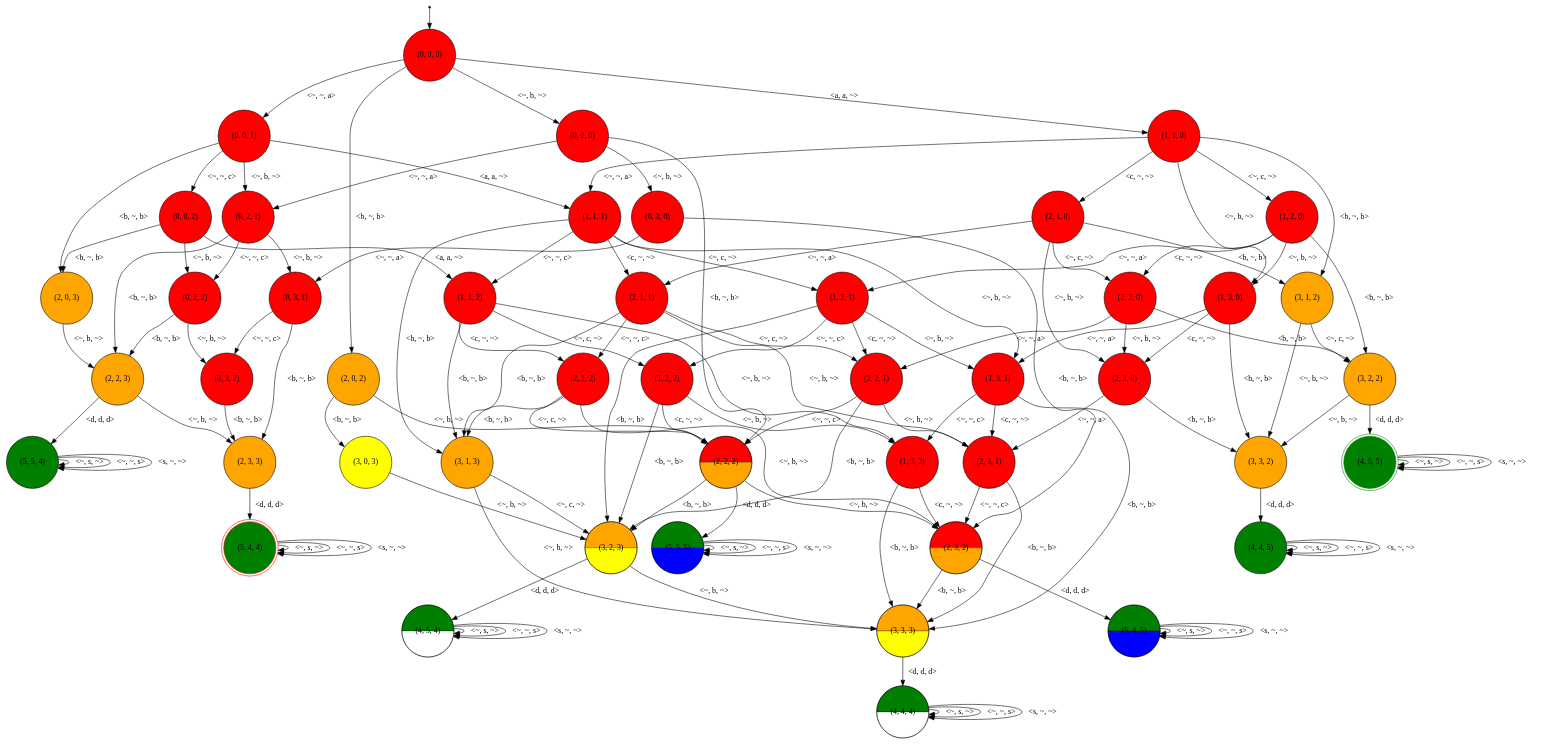
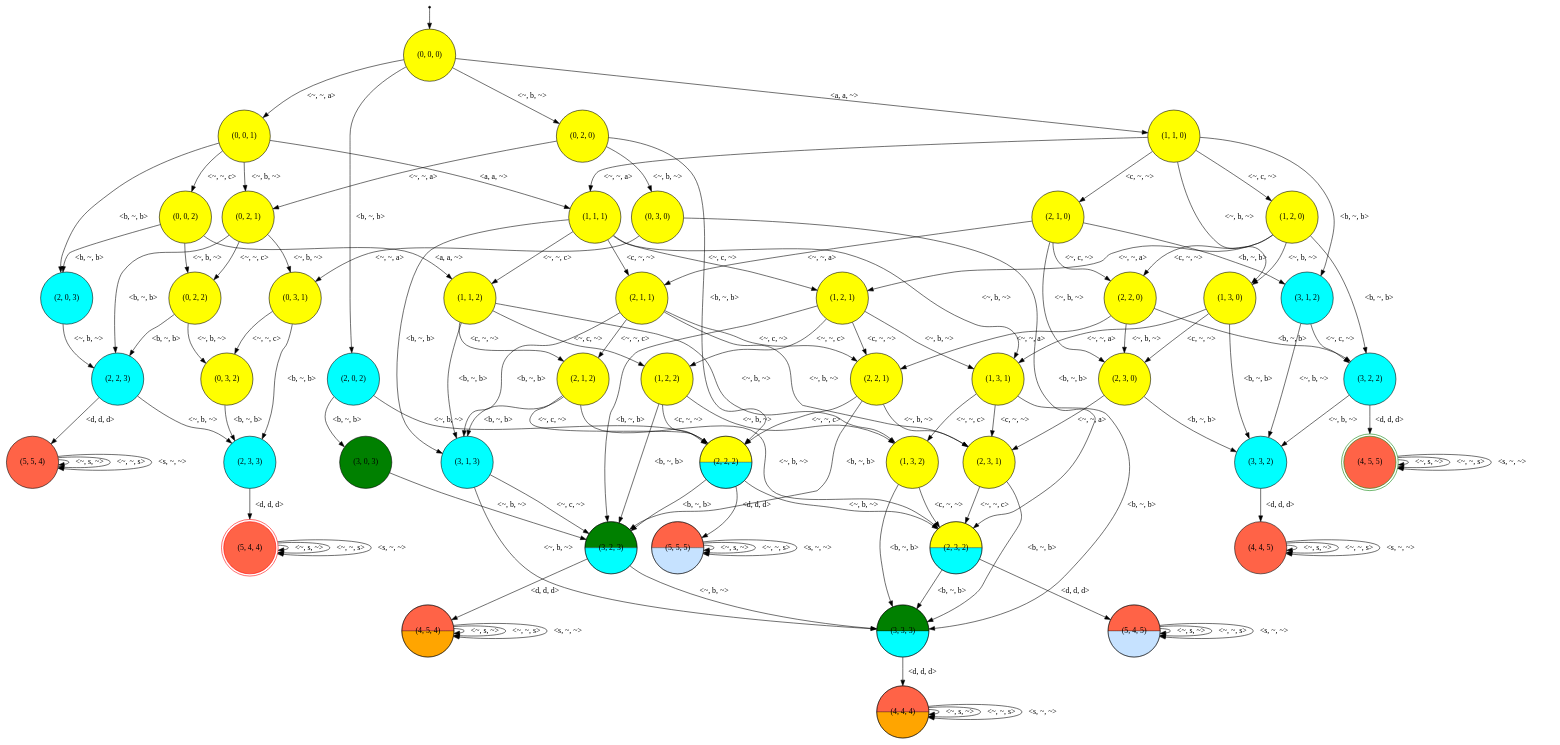
The diagram in dotsource.dot (Reithger/Finite-State-Machine-Model), drawn with Graphviz before and after one commit. The commit also changed 8 other files, not shown here.

```diff
--- a/dotsource.dot
+++ b/dotsource.dot
@@ -1,51 +1,51 @@
 digraph G {
-"n0"[label="(2, 1, 0)"shape=circle color="black" style=wedged fillcolor="red" style=filled];
-"n1"[label="(1, 1, 2)"shape=circle color="black" style=wedged fillcolor="red" style=filled];
-"n2"[label="(5, 5, 4)"shape=circle color="black" style=wedged fillcolor="green" style=filled];
-"n3"[label="(3, 3, 3)"shape=circle color="black" style=wedged fillcolor="orange:yellow" style=wedged];
-"n4"[label="(2, 3, 3)"shape=circle color="black" style=wedged fillcolor="orange" style=filled];
-"n5"[label="(4, 5, 4)"shape=circle color="black" style=wedged fillcolor="green:white" style=wedged];
-"n6"[label="(0, 2, 2)"shape=circle color="black" style=wedged fillcolor="red" style=filled];
-"n7"[label="(1, 2, 2)"shape=circle color="black" style=wedged fillcolor="red" style=filled];
-"n8"[label="(0, 0, 1)"shape=circle color="black" style=wedged fillcolor="red" style=filled];
-"n9"[label="(0, 2, 0)"shape=circle color="black" style=wedged fillcolor="red" style=filled];
-"n10"[label="(2, 0, 2)"shape=circle color="black" style=wedged fillcolor="orange" style=filled];
-"n11"[label="(1, 2, 0)"shape=circle color="black" style=wedged fillcolor="red" style=filled];
-"n12"[label="(2, 2, 0)"shape=circle color="black" style=wedged fillcolor="red" style=filled];
-"n13"[label="(0, 0, 2)"shape=circle color="black" style=wedged fillcolor="red" style=filled];
-"n14"[label="(2, 2, 3)"shape=circle color="black" style=wedged fillcolor="orange" style=filled];
-"n15"[label="(4, 4, 4)"shape=circle color="black" style=wedged fillcolor="green:white" style=wedged];
-"n16"[label="(3, 2, 3)"shape=circle color="black" style=wedged fillcolor="orange:yellow" style=wedged];
-"n17"[label="(5, 4, 4)"shape=doublecircle color="red" style=wedged fillcolor="green" style=filled];
-"n18"[label="(1, 3, 0)"shape=circle color="black" style=wedged fillcolor="red" style=filled];
-"n19"[label="(0, 3, 2)"shape=circle color="black" style=wedged fillcolor="red" style=filled];
-"n20"[label="(1, 3, 2)"shape=circle color="black" style=wedged fillcolor="red" style=filled];
-"n21"[label="(2, 3, 2)"shape=circle color="black" style=wedged fillcolor="red:orange" style=wedged];
-"n22"[label="(3, 1, 3)"shape=circle color="black" style=wedged fillcolor="orange" style=filled];
-"n23"[label="(0, 3, 0)"shape=circle color="black" style=wedged fillcolor="red" style=filled];
-"n24"[label="(2, 3, 0)"shape=circle color="black" style=wedged fillcolor="red" style=filled];
-"n25"[label="(1, 1, 1)"shape=circle color="black" style=wedged fillcolor="red" style=filled];
-"n26"[label="(2, 1, 1)"shape=circle color="black" style=wedged fillcolor="red" style=filled];
-"n27"[label="(5, 5, 5)"shape=circle color="black" style=wedged fillcolor="green:blue" style=wedged];
-"n28"[label="(3, 3, 2)"shape=circle color="black" style=wedged fillcolor="orange" style=filled];
-"n29"[label="(4, 5, 5)"shape=doublecircle color="green" style=wedged fillcolor="green" style=filled];
-"n30"[label="(3, 0, 3)"shape=circle color="black" style=wedged fillcolor="yellow" style=filled];
-"n31"[label="(1, 2, 1)"shape=circle color="black" style=wedged fillcolor="red" style=filled];
-"n32"[label="(0, 0, 0)"shape=circle color="black" style=wedged fillcolor="red" style=filled];
+"n0"[label="(2, 1, 0)"shape=circle color="black" style=wedged fillcolor="yellow" style=filled];
+"n1"[label="(1, 1, 2)"shape=circle color="black" style=wedged fillcolor="yellow" style=filled];
+"n2"[label="(5, 5, 4)"shape=circle color="black" style=wedged fillcolor="tomato" style=filled];
+"n3"[label="(3, 3, 3)"shape=circle color="black" style=wedged fillcolor="green:cyan" style=wedged];
+"n4"[label="(2, 3, 3)"shape=circle color="black" style=wedged fillcolor="cyan" style=filled];
+"n5"[label="(4, 5, 4)"shape=circle color="black" style=wedged fillcolor="tomato:orange" style=wedged];
+"n6"[label="(0, 2, 2)"shape=circle color="black" style=wedged fillcolor="yellow" style=filled];
+"n7"[label="(1, 2, 2)"shape=circle color="black" style=wedged fillcolor="yellow" style=filled];
+"n8"[label="(0, 0, 1)"shape=circle color="black" style=wedged fillcolor="yellow" style=filled];
+"n9"[label="(0, 2, 0)"shape=circle color="black" style=wedged fillcolor="yellow" style=filled];
+"n10"[label="(2, 0, 2)"shape=circle color="black" style=wedged fillcolor="cyan" style=filled];
+"n11"[label="(1, 2, 0)"shape=circle color="black" style=wedged fillcolor="yellow" style=filled];
+"n12"[label="(2, 2, 0)"shape=circle color="black" style=wedged fillcolor="yellow" style=filled];
+"n13"[label="(0, 0, 2)"shape=circle color="black" style=wedged fillcolor="yellow" style=filled];
+"n14"[label="(2, 2, 3)"shape=circle color="black" style=wedged fillcolor="cyan" style=filled];
+"n15"[label="(4, 4, 4)"shape=circle color="black" style=wedged fillcolor="tomato:orange" style=wedged];
+"n16"[label="(3, 2, 3)"shape=circle color="black" style=wedged fillcolor="green:cyan" style=wedged];
+"n17"[label="(5, 4, 4)"shape=doublecircle color="red" style=wedged fillcolor="tomato" style=filled];
+"n18"[label="(1, 3, 0)"shape=circle color="black" style=wedged fillcolor="yellow" style=filled];
+"n19"[label="(0, 3, 2)"shape=circle color="black" style=wedged fillcolor="yellow" style=filled];
+"n20"[label="(1, 3, 2)"shape=circle color="black" style=wedged fillcolor="yellow" style=filled];
+"n21"[label="(2, 3, 2)"shape=circle color="black" style=wedged fillcolor="yellow:cyan" style=wedged];
+"n22"[label="(3, 1, 3)"shape=circle color="black" style=wedged fillcolor="cyan" style=filled];
+"n23"[label="(0, 3, 0)"shape=circle color="black" style=wedged fillcolor="yellow" style=filled];
+"n24"[label="(2, 3, 0)"shape=circle color="black" style=wedged fillcolor="yellow" style=filled];
+"n25"[label="(1, 1, 1)"shape=circle color="black" style=wedged fillcolor="yellow" style=filled];
+"n26"[label="(2, 1, 1)"shape=circle color="black" style=wedged fillcolor="yellow" style=filled];
+"n27"[label="(5, 5, 5)"shape=circle color="black" style=wedged fillcolor="tomato:slategray1" style=wedged];
+"n28"[label="(3, 3, 2)"shape=circle color="black" style=wedged fillcolor="cyan" style=filled];
+"n29"[label="(4, 5, 5)"shape=doublecircle color="green" style=wedged fillcolor="tomato" style=filled];
+"n30"[label="(3, 0, 3)"shape=circle color="black" style=wedged fillcolor="green" style=filled];
+"n31"[label="(1, 2, 1)"shape=circle color="black" style=wedged fillcolor="yellow" style=filled];
+"n32"[label="(0, 0, 0)"shape=circle color="black" style=wedged fillcolor="yellow" style=filled];
 "ArbitraryUnusedNameNoWorriesJustGrooving33"[fontSize=1 shape=point];
-"n33"[label="(0, 2, 1)"shape=circle color="black" style=wedged fillcolor="red" style=filled];
-"n34"[label="(2, 0, 3)"shape=circle color="black" style=wedged fillcolor="orange" style=filled];
-"n35"[label="(2, 2, 1)"shape=circle color="black" style=wedged fillcolor="red" style=filled];
-"n36"[label="(4, 4, 5)"shape=circle color="black" style=wedged fillcolor="green" style=filled];
-"n37"[label="(2, 2, 2)"shape=circle color="black" style=wedged fillcolor="red:orange" style=wedged];
-"n38"[label="(3, 2, 2)"shape=circle color="black" style=wedged fillcolor="orange" style=filled];
-"n39"[label="(5, 4, 5)"shape=circle color="black" style=wedged fillcolor="green:blue" style=wedged];
-"n40"[label="(1, 3, 1)"shape=circle color="black" style=wedged fillcolor="red" style=filled];
-"n41"[label="(0, 3, 1)"shape=circle color="black" style=wedged fillcolor="red" style=filled];
-"n42"[label="(3, 1, 2)"shape=circle color="black" style=wedged fillcolor="orange" style=filled];
-"n43"[label="(2, 3, 1)"shape=circle color="black" style=wedged fillcolor="red" style=filled];
-"n44"[label="(1, 1, 0)"shape=circle color="black" style=wedged fillcolor="red" style=filled];
-"n45"[label="(2, 1, 2)"shape=circle color="black" style=wedged fillcolor="red" style=filled];
+"n33"[label="(0, 2, 1)"shape=circle color="black" style=wedged fillcolor="yellow" style=filled];
+"n34"[label="(2, 0, 3)"shape=circle color="black" style=wedged fillcolor="cyan" style=filled];
+"n35"[label="(2, 2, 1)"shape=circle color="black" style=wedged fillcolor="yellow" style=filled];
+"n36"[label="(4, 4, 5)"shape=circle color="black" style=wedged fillcolor="tomato" style=filled];
+"n37"[label="(2, 2, 2)"shape=circle color="black" style=wedged fillcolor="yellow:cyan" style=wedged];
+"n38"[label="(3, 2, 2)"shape=circle color="black" style=wedged fillcolor="cyan" style=filled];
+"n39"[label="(5, 4, 5)"shape=circle color="black" style=wedged fillcolor="tomato:slategray1" style=wedged];
+"n40"[label="(1, 3, 1)"shape=circle color="black" style=wedged fillcolor="yellow" style=filled];
+"n41"[label="(0, 3, 1)"shape=circle color="black" style=wedged fillcolor="yellow" style=filled];
+"n42"[label="(3, 1, 2)"shape=circle color="black" style=wedged fillcolor="cyan" style=filled];
+"n43"[label="(2, 3, 1)"shape=circle color="black" style=wedged fillcolor="yellow" style=filled];
+"n44"[label="(1, 1, 0)"shape=circle color="black" style=wedged fillcolor="yellow" style=filled];
+"n45"[label="(2, 1, 2)"shape=circle color="black" style=wedged fillcolor="yellow" style=filled];
 {"ArbitraryUnusedNameNoWorriesJustGrooving33"}->{"n32"};
 {"n0"}->{"n26"}[label = "<~, ~, a>" color="black" arrowhead="normal" style=""];
 {"n0"}->{"n24"}[label = "<~, b, ~>" color="black" arrowhead="normal" style=""];
@@ -53,8 +53,8 @@
 {"n0"}->{"n12"}[label = "<~, c, ~>" color="black" arrowhead="normal" style=""];
 {"n1"}->{"n20"}[label = "<~, b, ~>" color="black" arrowhead="normal" style=""];
 {"n1"}->{"n22"}[label = "<b, ~, b>" color="black" arrowhead="normal" style=""];
+{"n1"}->{"n45"}[label = "<c, ~, ~>" color="black" arrowhead="normal" style=""];
 {"n1"}->{"n7"}[label = "<~, c, ~>" color="black" arrowhead="normal" style=""];
-{"n1"}->{"n45"}[label = "<c, ~, ~>" color="black" arrowhead="normal" style=""];
 {"n2"}->{"n2"}[label = "<~, s, ~>" color="black" arrowhead="normal" style=""];
 {"n2"}->{"n2"}[label = "<~, ~, s>" color="black" arrowhead="normal" style=""];
 {"n2"}->{"n2"}[label = "<s, ~, ~>" color="black" arrowhead="normal" style=""];
@@ -113,9 +113,9 @@
 {"n24"}->{"n28"}[label = "<b, ~, b>" color="black" arrowhead="normal" style=""];
 {"n25"}->{"n40"}[label = "<~, b, ~>" color="black" arrowhead="normal" style=""];
 {"n25"}->{"n22"}[label = "<b, ~, b>" color="black" arrowhead="normal" style=""];
+{"n25"}->{"n26"}[label = "<c, ~, ~>" color="black" arrowhead="normal" style=""];
 {"n25"}->{"n31"}[label = "<~, c, ~>" color="black" arrowhead="normal" style=""];
 {"n25"}->{"n1"}[label = "<~, ~, c>" color="black" arrowhead="normal" style=""];
-{"n25"}->{"n26"}[label = "<c, ~, ~>" color="black" arrowhead="normal" style=""];
 {"n26"}->{"n43"}[label = "<~, b, ~>" color="black" arrowhead="normal" style=""];
 {"n26"}->{"n22"}[label = "<b, ~, b>" color="black" arrowhead="normal" style=""];
 {"n26"}->{"n35"}[label = "<~, c, ~>" color="black" arrowhead="normal" style=""];
@@ -130,8 +130,8 @@
 {"n30"}->{"n16"}[label = "<~, b, ~>" color="black" arrowhead="normal" style=""];
 {"n31"}->{"n40"}[label = "<~, b, ~>" color="black" arrowhead="normal" style=""];
 {"n31"}->{"n16"}[label = "<b, ~, b>" color="black" arrowhead="normal" style=""];
+{"n31"}->{"n35"}[label = "<c, ~, ~>" color="black" arrowhead="normal" style=""];
 {"n31"}->{"n7"}[label = "<~, ~, c>" color="black" arrowhead="normal" style=""];
-{"n31"}->{"n35"}[label = "<c, ~, ~>" color="black" arrowhead="normal" style=""];
 {"n32"}->{"n8"}[label = "<~, ~, a>" color="black" arrowhead="normal" style=""];
 {"n32"}->{"n44"}[label = "<a, a, ~>" color="black" arrowhead="normal" style=""];
 {"n32"}->{"n9"}[label = "<~, b, ~>" color="black" arrowhead="normal" style=""];
@@ -155,8 +155,8 @@
 {"n39"}->{"n39"}[label = "<~, ~, s>" color="black" arrowhead="normal" style=""];
 {"n39"}->{"n39"}[label = "<s, ~, ~>" color="black" arrowhead="normal" style=""];
 {"n40"}->{"n3"}[label = "<b, ~, b>" color="black" arrowhead="normal" style=""];
+{"n40"}->{"n43"}[label = "<c, ~, ~>" color="black" arrowhead="normal" style=""];
 {"n40"}->{"n20"}[label = "<~, ~, c>" color="black" arrowhead="normal" style=""];
-{"n40"}->{"n43"}[label = "<c, ~, ~>" color="black" arrowhead="normal" style=""];
 {"n41"}->{"n4"}[label = "<b, ~, b>" color="black" arrowhead="normal" style=""];
 {"n41"}->{"n19"}[label = "<~, ~, c>" color="black" arrowhead="normal" style=""];
 {"n42"}->{"n28"}[label = "<~, b, ~>" color="black" arrowhead="normal" style=""];
@@ -166,8 +166,8 @@
 {"n44"}->{"n25"}[label = "<~, ~, a>" color="black" arrowhead="normal" style=""];
 {"n44"}->{"n18"}[label = "<~, b, ~>" color="black" arrowhead="normal" style=""];
 {"n44"}->{"n42"}[label = "<b, ~, b>" color="black" arrowhead="normal" style=""];
+{"n44"}->{"n0"}[label = "<c, ~, ~>" color="black" arrowhead="normal" style=""];
 {"n44"}->{"n11"}[label = "<~, c, ~>" color="black" arrowhead="normal" style=""];
-{"n44"}->{"n0"}[label = "<c, ~, ~>" color="black" arrowhead="normal" style=""];
 {"n45"}->{"n21"}[label = "<~, b, ~>" color="black" arrowhead="normal" style=""];
 {"n45"}->{"n22"}[label = "<b, ~, b>" color="black" arrowhead="normal" style=""];
 {"n45"}->{"n37"}[label = "<~, c, ~>" color="black" arrowhead="normal" style=""];
```
